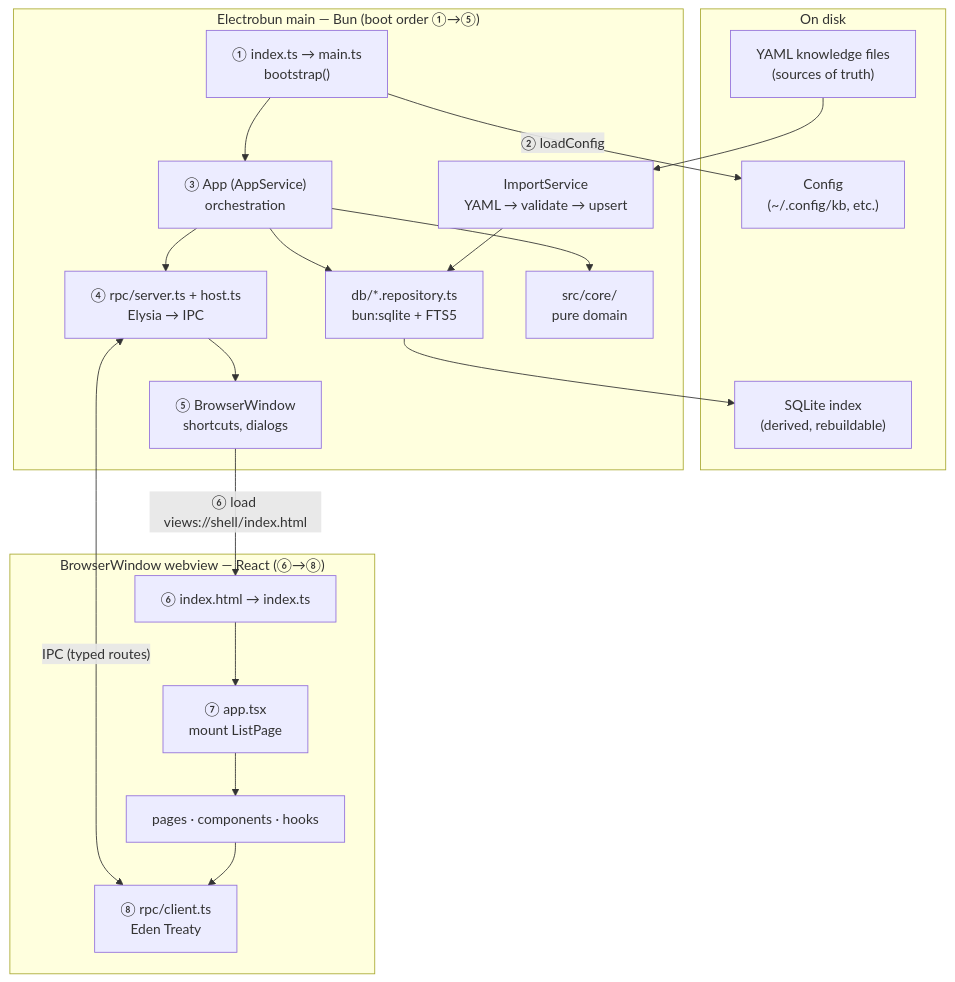
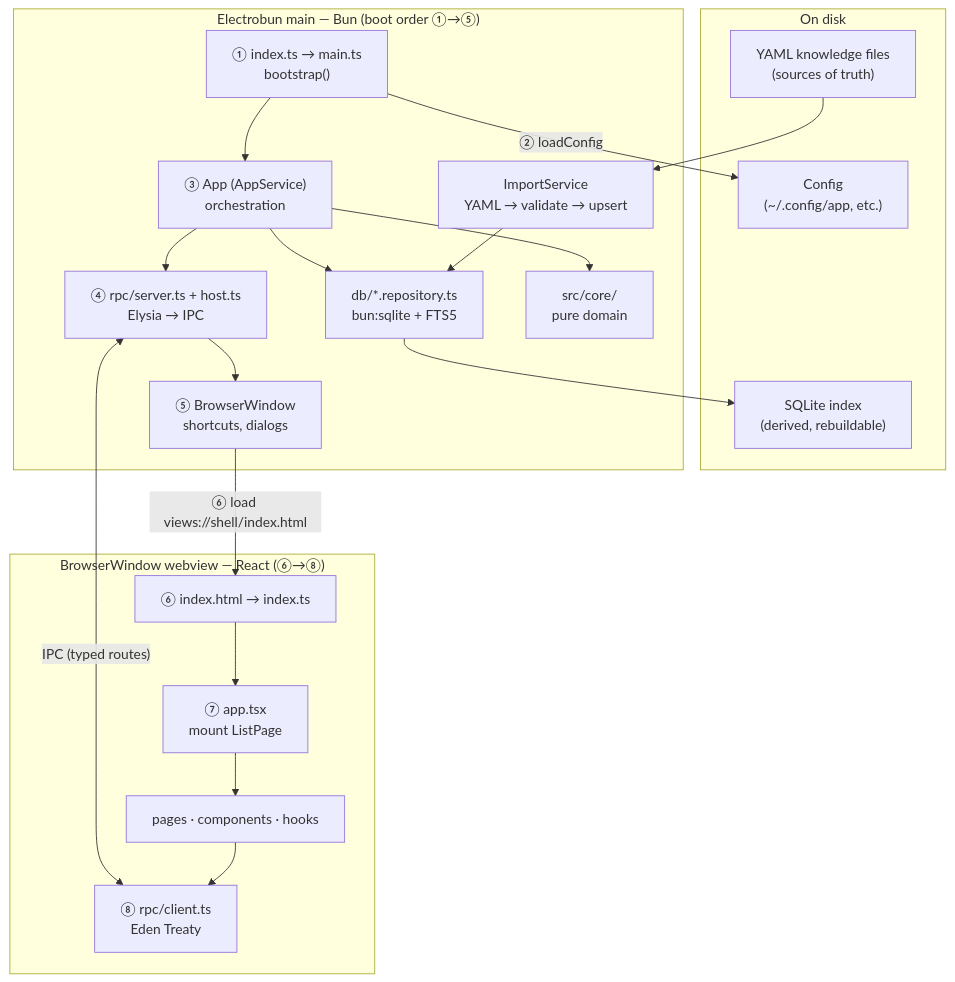
One commit to roalcantara/kodexb changed the second of 5 diagrams in README.md. Above: the diagram before and after it, drawn with Mermaid. The commit also changed other lines of this file and 152 other files, not shown here.

````diff
--- a/README.md
+++ b/README.md
@@ -91,41 +91,41 @@
 ```mermaid
 flowchart TB
   subgraph disk["On disk"]
     YAML["YAML knowledge files\n(sources of truth)"]
-    CFG["Config\n(~/.config/kb, etc.)"]
+    CFG["Config\n(~/.config/app, etc.)"]
     DBf["SQLite index\n(derived, rebuildable)"]
   end
 
   subgraph main["Electrobun main — Bun (boot order ①→⑤)"]
     ENTRY["① index.ts → main.ts\nbootstrap()"]
     BOOT["⑤ BrowserWindow\nshortcuts, dialogs"]
     RPC["④ rpc/server.ts + host.ts\nElysia → IPC"]
     APP["③ App (AppService)\norchestration"]
     IMP["ImportService\nYAML → validate → upsert"]
     REPO["db/*.repository.ts\nbun:sqlite + FTS5"]
     CORE["src/core/\npure domain"]
   end
 
   subgraph webview["BrowserWindow webview — React (⑥→⑧)"]
     HTML["⑥ index.html → index.ts"]
     REACT["⑦ app.tsx\nmount ListPage"]
     UI["pages · components · hooks"]
     CLIENT["⑧ rpc/client.ts\nEden Treaty"]
   end
 
   ENTRY -->|"② loadConfig"| CFG
   ENTRY --> APP
   APP --> RPC
   RPC --> BOOT
   BOOT -->|"⑥ load views://shell/index.html"| HTML
   HTML --> REACT
   REACT --> UI
   UI --> CLIENT
   CLIENT <-->|"IPC (typed routes)"| RPC
 
   YAML --> IMP
   IMP --> REPO
   REPO --> DBf
   APP --> REPO
   APP --> CORE
 ```
````
